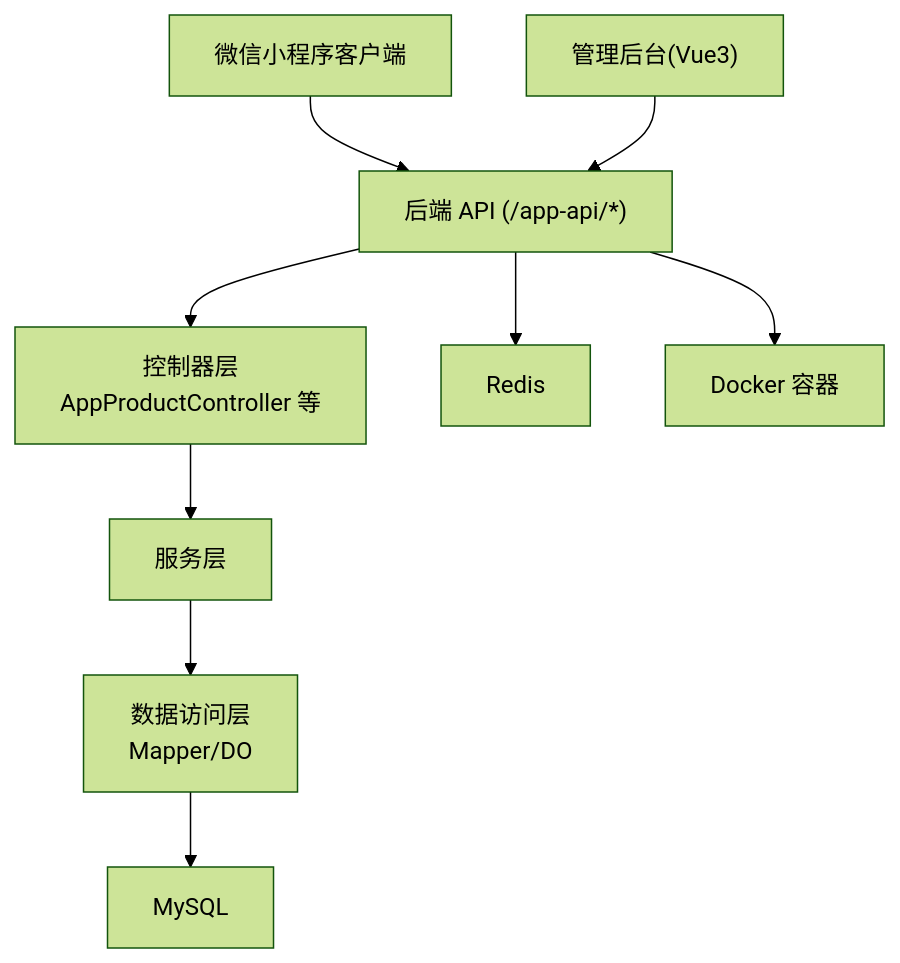
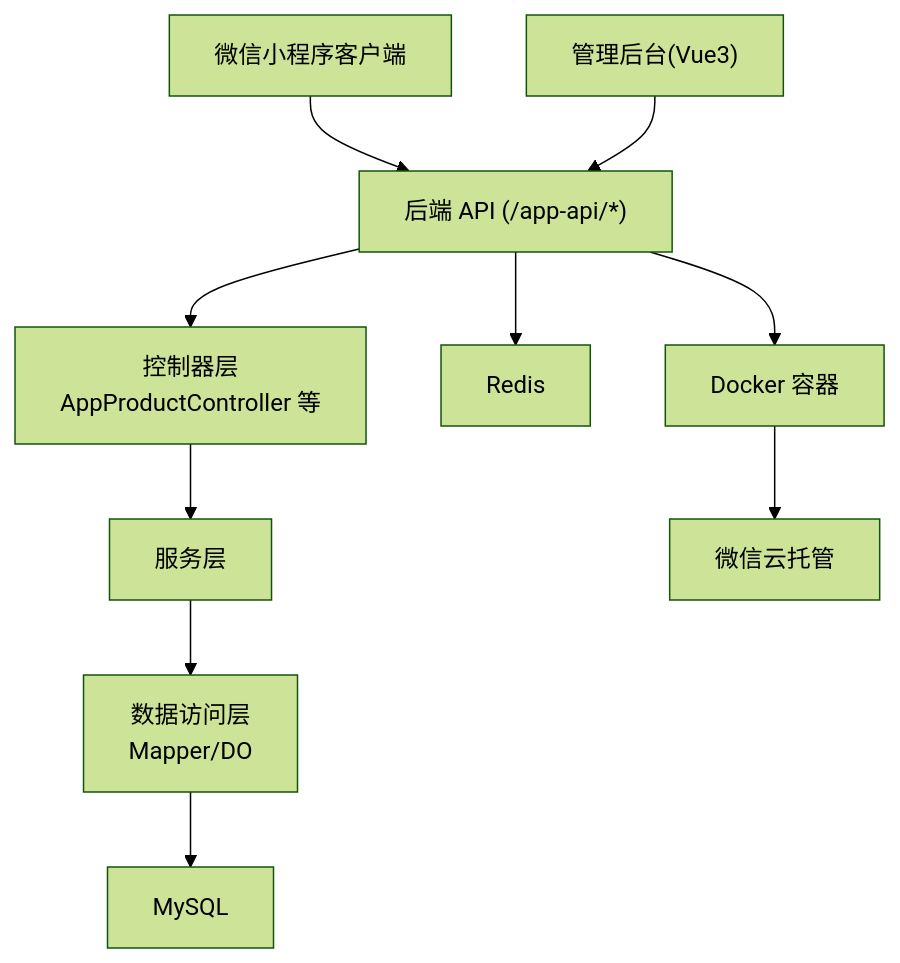
Before and after one commit to QtImM/wechatMiniprogram_Store: the second of 9 diagrams in .qoder/repowiki/zh/content/开发指南/开发流程规范.md, drawn with Mermaid (forest theme). The commit also changed other lines of this file and 41 other files, not shown here.

````diff
--- a/.qoder/repowiki/zh/content/开发指南/开发流程规范.md
+++ b/.qoder/repowiki/zh/content/开发指南/开发流程规范.md
@@ -109,11 +122,12 @@
 ```mermaid
 graph TB
 CLIENT["微信小程序客户端"] --> API["后端 API (/app-api/*)"]
 ADMIN["管理后台(Vue3)"] --> API
 API --> CONTROLLERS["控制器层<br/>AppProductController 等"]
 CONTROLLERS --> SERVICES["服务层"]
 SERVICES --> DAL["数据访问层<br/>Mapper/DO"]
 DAL --> DB["MySQL"]
 API --> CACHE["Redis"]
 API --> DOCKER["Docker 容器"]
+DOCKER --> CLOUD["微信云托管"]
 ```
````
